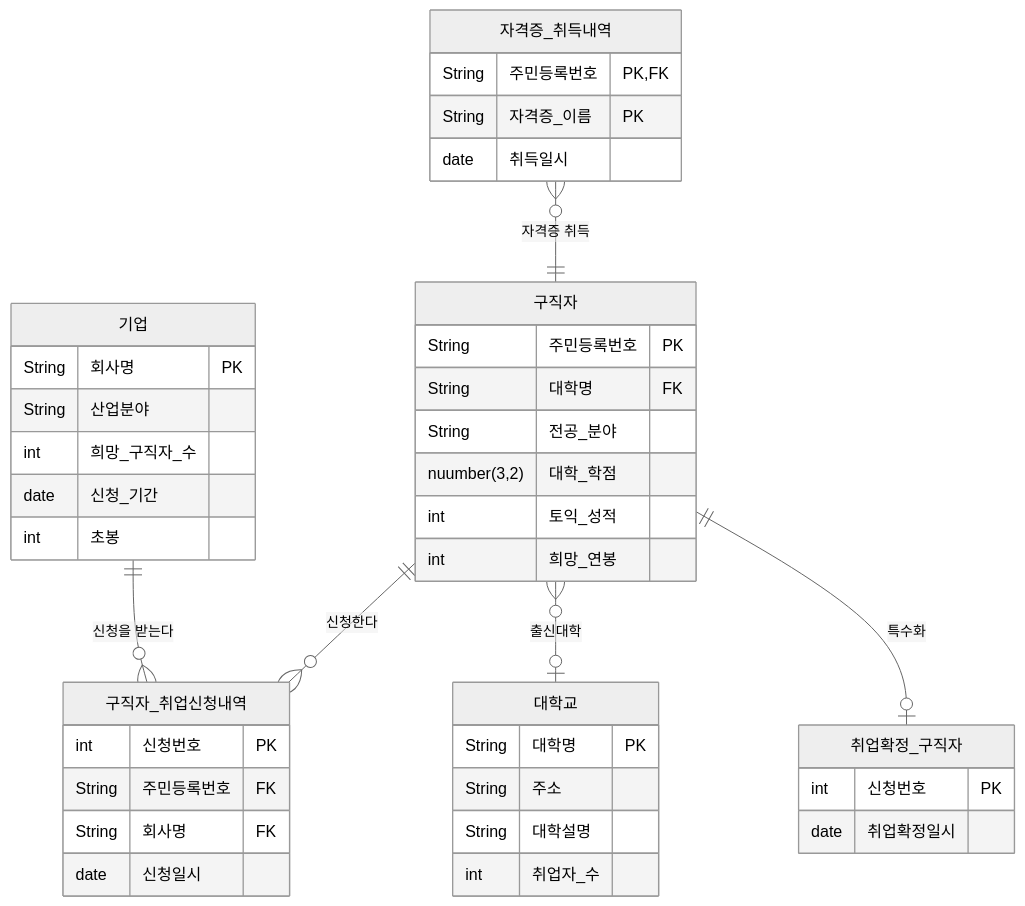
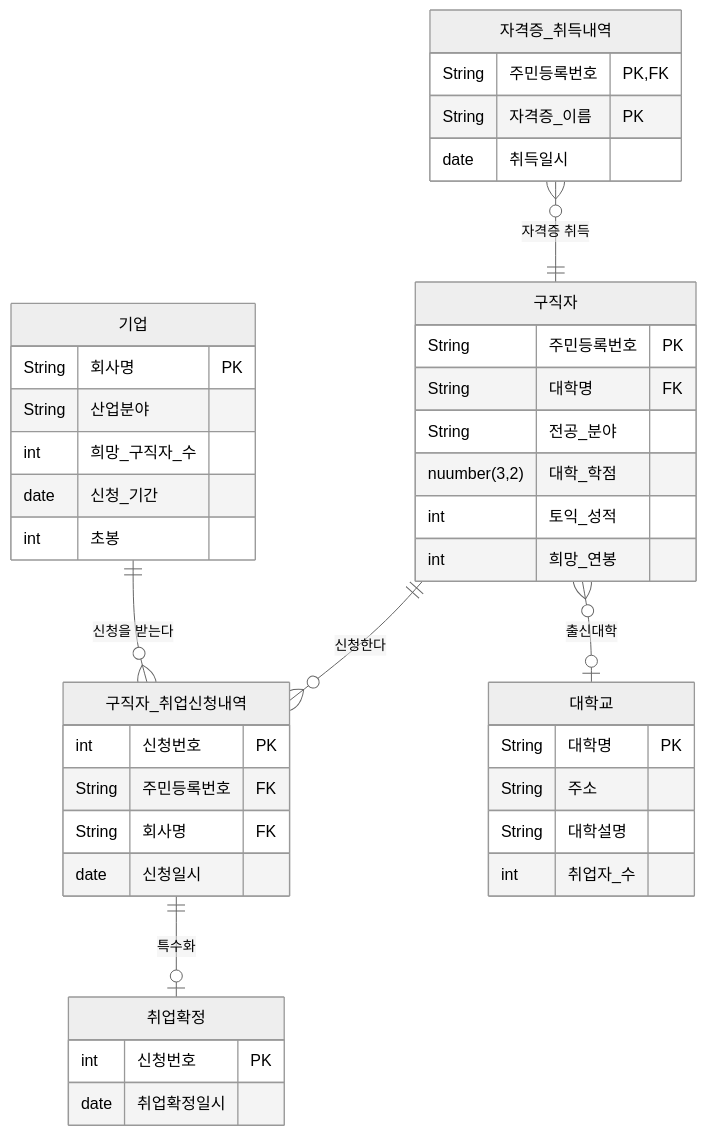
One commit to zerojun040329-eng/test-260401 changed the diagram in README.md. Above: the diagram before and after it, drawn with Mermaid (neutral theme).

````diff
--- a/README.md
+++ b/README.md
@@ -1,46 +1,46 @@
 ```mermaid
 erDiagram
   기업 {
     String 회사명 PK
     String 산업분야
     int 희망_구직자_수 
     date 신청_기간
     int 초봉
   }
   구직자 {
     String 주민등록번호 PK
     String 대학명 FK
     String 전공_분야
     nuumber(3,2) 대학_학점
     int 토익_성적
     int 희망_연봉
   }
   자격증_취득내역 {
     String 주민등록번호 PK, FK
     String 자격증_이름 PK
     date 취득일시
   }
   구직자_취업신청내역 {
     int 신청번호 PK
     String 주민등록번호 FK
     String 회사명 FK
     date 신청일시
   }
-  취업확정_구직자 {
+  취업확정 {
     int 신청번호 PK
     date 취업확정일시
   }
   대학교 {
     String 대학명 PK
     String 주소
     String 대학설명
     int 취업자_수
   }
 
   구직자 ||--o{ 구직자_취업신청내역 : "신청한다"
   기업 ||--o{ 구직자_취업신청내역 : "신청을 받는다"
   자격증_취득내역 o{--|| 구직자 : "자격증 취득"
   구직자 o{--o| 대학교 : "출신대학"
-  구직자 ||--o| 취업확정_구직자 : "특수화"
+  구직자_취업신청내역 ||--o| 취업확정 : "특수화"
   
 ```
````
